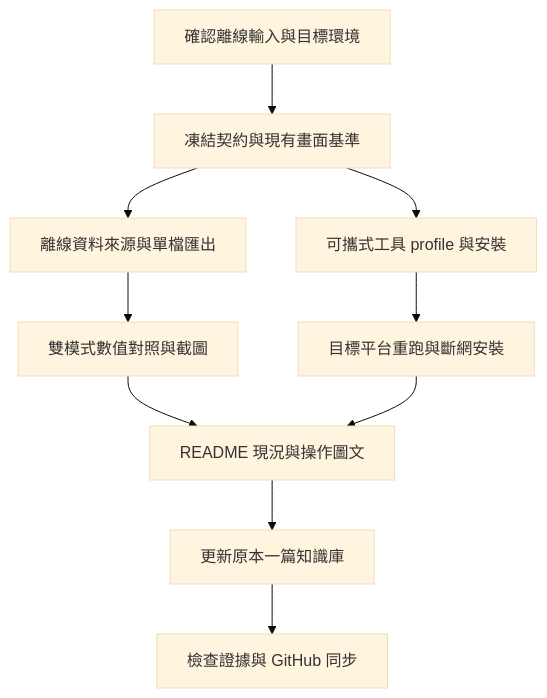
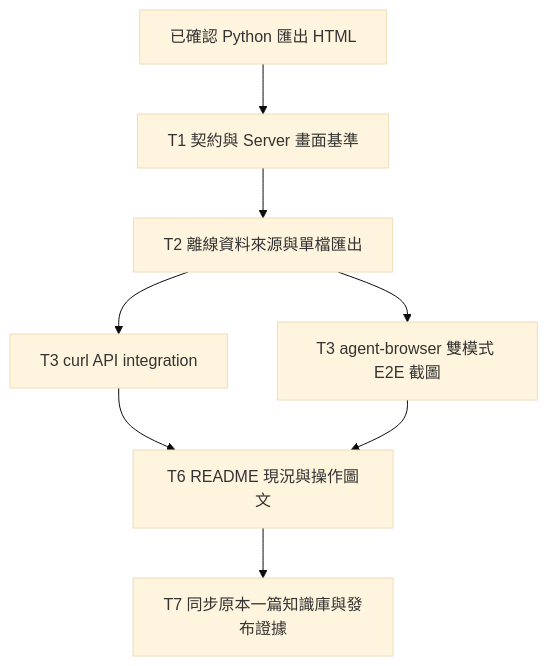
One commit to swchen44/freertos_risvc_observability changed the diagram in docs/plans/05-offline-portability-documentation.md. Above: the diagram before and after it, drawn with Mermaid (base theme). The commit also changed other lines of this file and 3 other files, not shown here.

Commit message:
docs: confirm offline export scope and browser curl acceptance

````diff
--- a/docs/plans/05-offline-portability-documentation.md
+++ b/docs/plans/05-offline-portability-documentation.md
@@ -58,12 +53,10 @@
 ```mermaid
 flowchart TD
-    A[確認離線輸入與目標環境] --> B[凍結契約與現有畫面基準]
-    B --> C[離線資料來源與單檔匯出]
-    B --> D[可攜式工具 profile 與安裝]
-    C --> E[雙模式數值對照與截圖]
-    D --> F[目標平台重跑與斷網安裝]
-    E --> G[README 現況與操作圖文]
-    F --> G
-    G --> H[更新原本一篇知識庫]
-    H --> I[檢查證據與 GitHub 同步]
+    A[已確認 Python 匯出 HTML] --> B[T1 契約與 Server 畫面基準]
+    B --> C[T2 離線資料來源與單檔匯出]
+    C --> D[T3 curl API integration]
+    C --> E[T3 agent-browser 雙模式 E2E 截圖]
+    D --> F[T6 README 現況與操作圖文]
+    E --> F
+    F --> G[T7 同步原本一篇知識庫與發布證據]
 ```
````
